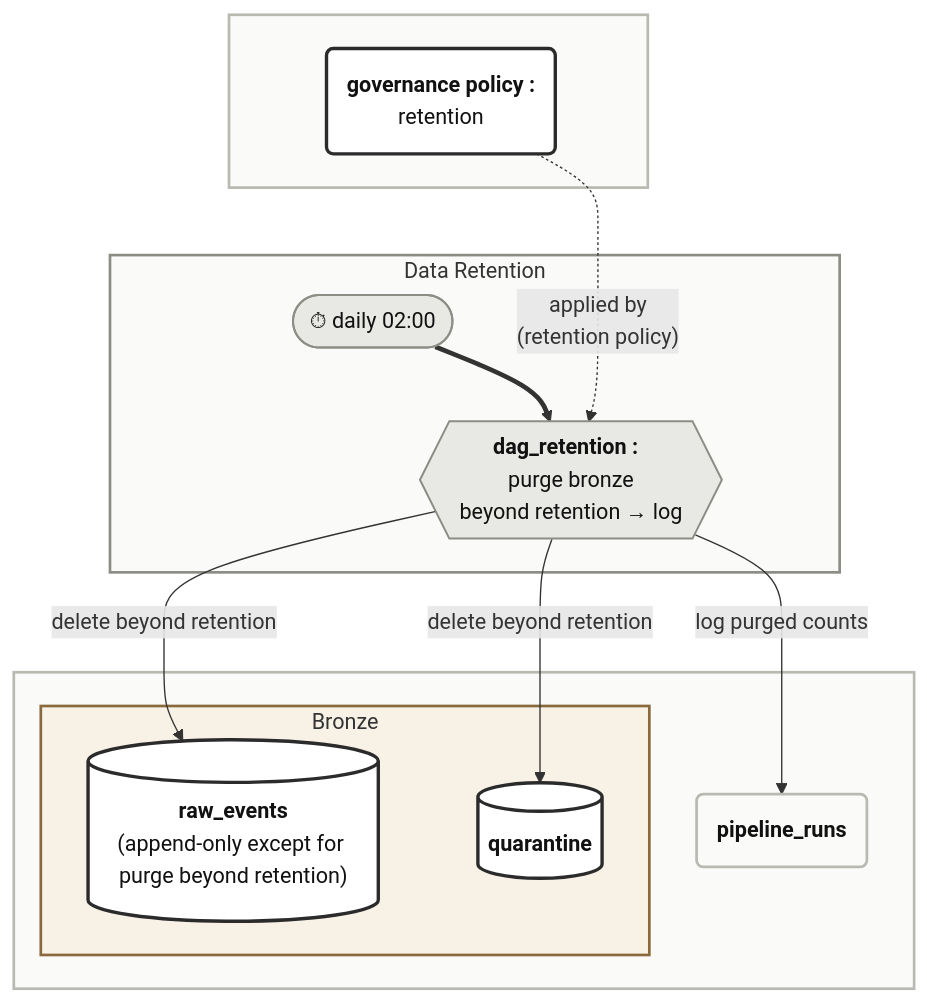
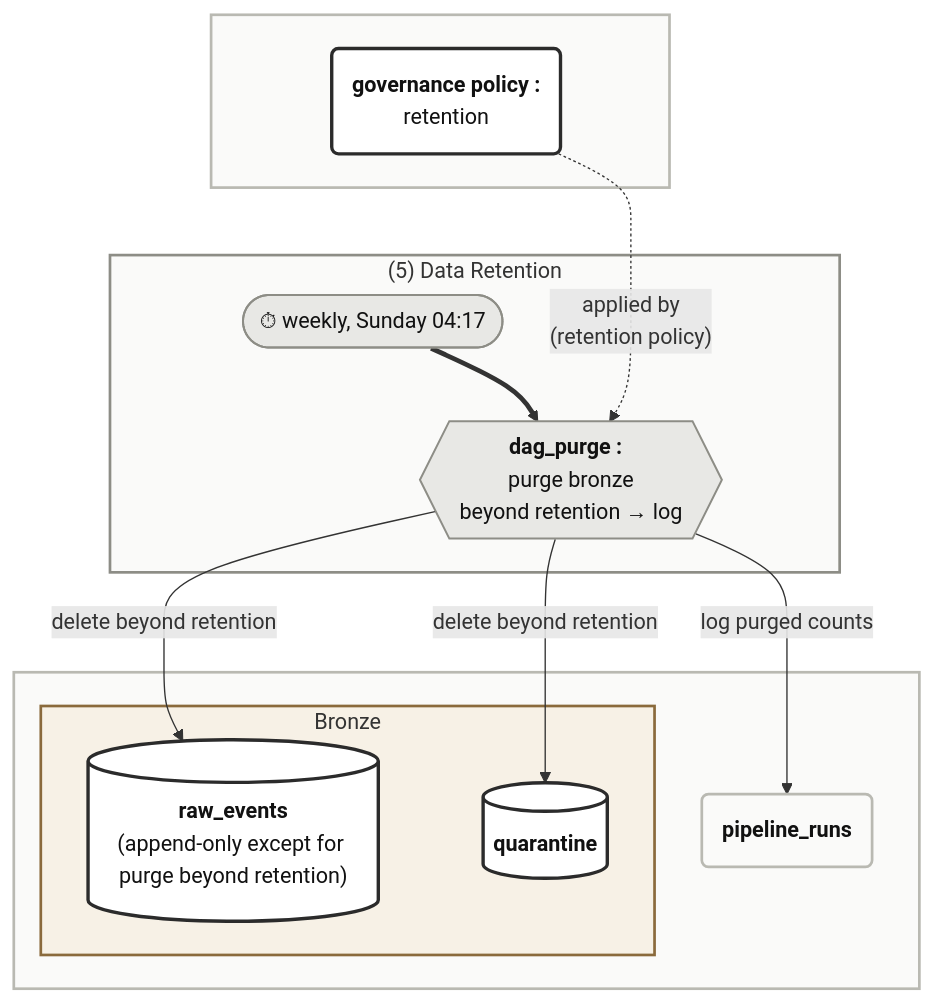
The diagram in sources/diagrams/fraud-project--data-infrastructure--diagram-5.md (nicolaspichon-git/jedha-data-scientist-lead-bloc3--fraud-detection-project), drawn with Mermaid before and after one commit. The commit also changed other lines of this file and 27 other files, not shown here.

````diff
--- a/sources/diagrams/fraud-project--data-infrastructure--diagram-5.md
+++ b/sources/diagrams/fraud-project--data-infrastructure--diagram-5.md
@@ -8,51 +8,51 @@
 ```mermaid
 flowchart 
+	subgraph RTN["(5) Data Retention"]
+		RTN_T0(["⏱ weekly, Sunday 04:17"])
+		RTN_PRG{{"<b>dag_purge :&nbsp;&nbsp;</b><br/>purge bronze<br/>beyond retention &rarr; log"}}
+	end
+	
 	subgraph DL[" "]
 		subgraph DL_BRONZE["Bronze"]
 			DL_RAW[("<b>raw_events</b><br/>(append-only except for purge beyond retention)")]
 			DL_QRT[("<b>quarantine</b>")]
 		end
 		DL_RUNS("<b>pipeline_runs</b>")  
 	end
 	
 	subgraph GP[" "]
 		GP_RTN("<b>governance policy :</b><br/>retention")
 	end
 	
-	subgraph RTN["Data Retention"]
-		RTN_T4(["⏱ daily 02:00"])
-		RTN_PRG{{"<b>dag_retention :&nbsp;&nbsp;</b><br/>purge bronze<br/>beyond retention &rarr; log"}}
-	end
-	
     %% ---
     
     GP ~~~ RTN ~~~ DL
     
     %% ---------- Control flow ----------
-    RTN_T4 ==> RTN_PRG
+    RTN_T0 ==> RTN_PRG
 	
     %% ---------- Data flow ----------
     RTN_PRG -->|"delete beyond retention"| DL_RAW 
     RTN_PRG -->|"delete beyond retention"| DL_QRT 
     RTN_PRG -->|"log purged counts"| DL_RUNS
     
     %% ---------- Dependencies ----------
     GP_RTN -.->|"applied by<br/>(retention policy)"| RTN_PRG
     
     %% ---------- Group colours (pale wash) ----------
     %% data layers : deliberately neutral, warm vs cool
     style GP     fill:#fafaf9,stroke:#b9b9b2,stroke-width:2px
     style DL     fill:#fafaf9,stroke:#b9b9b2,stroke-width:2px
     style DL_RUNS fill:#fafaf9,stroke:#b9b9b2,stroke-width:2px
     style DL_BRONZE fill:#f7f1e6,stroke:#8a6a3c,stroke-width:2px
     %% housekeeping : not a transaction pipeline, hence neutral
     style RTN  fill:#fafaf9,stroke:#8d8d86,stroke-width:2px
 
     %% ---------- Shared stores : white, overriding the group colour ----------
     %% written and/or read by more than one pipeline
     classDef shared fill:#ffffff,stroke:#2b2b2b,stroke-width:2.5px,color:#111111
     class DL_RAW,DL_QRT,DL_GTS,DL_TXN,DL_RUNS,GP_RTN shared
     %% cross-cutting policy, read by two pipelines
     classDef nRTN fill:#e8e8e5,stroke:#8d8d86,stroke-width:1.5px,color:#111111
-    class RTN_T4,RTN_PRG nRTN
+    class RTN_T0,RTN_PRG nRTN
 ```
````
